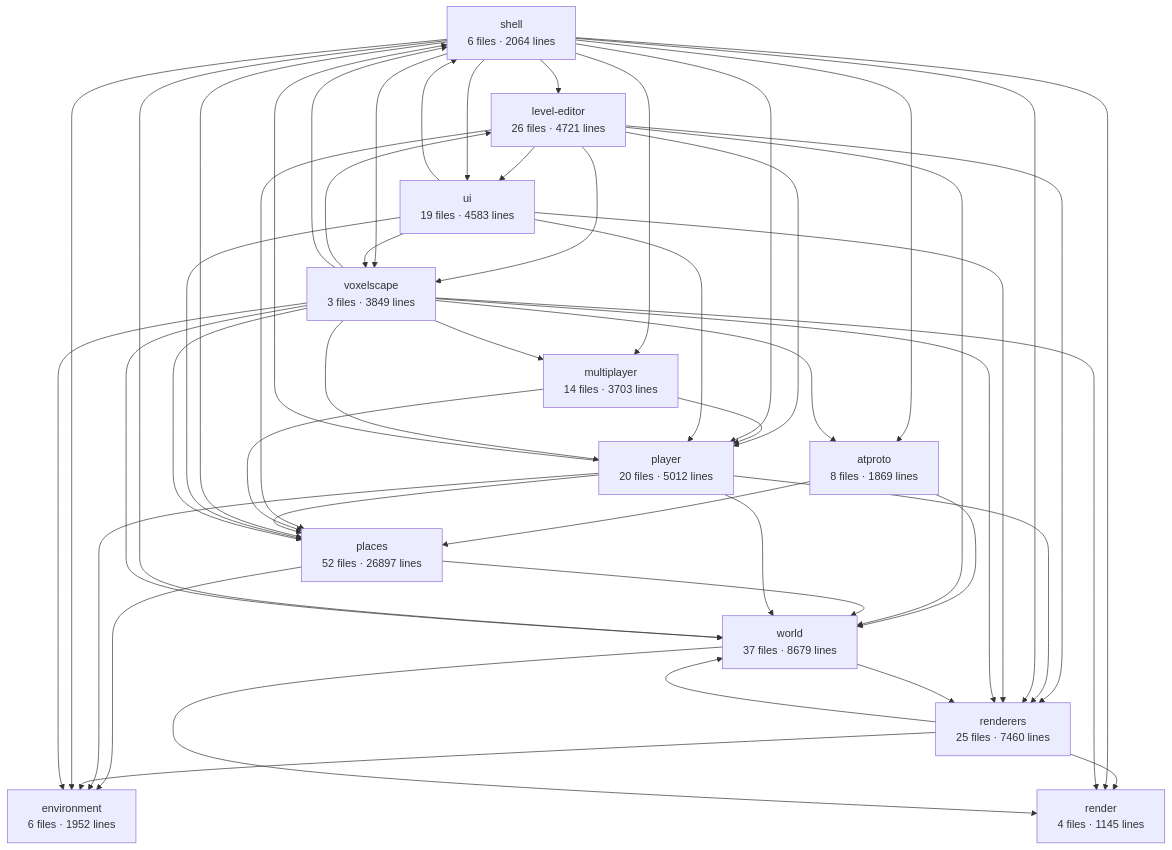
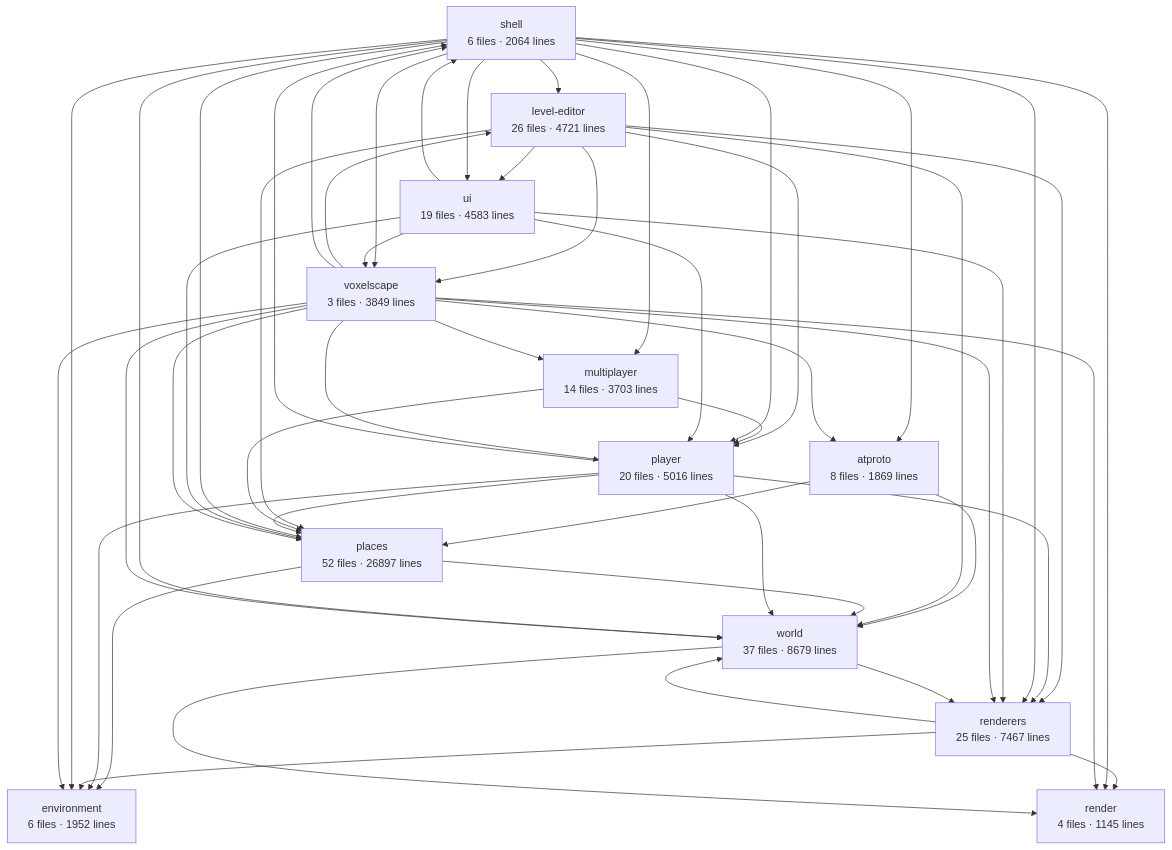
One commit to big-mesh-studios/big-mesh-studios changed the diagram in apps/voxelscape/docs/architecture.md. Above: the diagram before and after it, drawn with Mermaid. The commit also changed other lines of this file and 1 other file, not shown here.

Commit message:
pnpm architecture, pnpm rendering

````diff
--- a/apps/voxelscape/docs/architecture.md
+++ b/apps/voxelscape/docs/architecture.md
@@ -6,63 +6,63 @@
 ```mermaid
 graph TD
   shell["shell<br/>6 files · 2064 lines"]
   voxelscape["voxelscape<br/>3 files · 3849 lines"]
   world["world<br/>37 files · 8679 lines"]
-  renderers["renderers<br/>25 files · 7460 lines"]
+  renderers["renderers<br/>25 files · 7467 lines"]
   render["render<br/>4 files · 1145 lines"]
-  player["player<br/>20 files · 5012 lines"]
+  player["player<br/>20 files · 5016 lines"]
   multiplayer["multiplayer<br/>14 files · 3703 lines"]
   places["places<br/>52 files · 26897 lines"]
   environment["environment<br/>6 files · 1952 lines"]
   atproto["atproto<br/>8 files · 1869 lines"]
   ui["ui<br/>19 files · 4583 lines"]
   level-editor["level-editor<br/>26 files · 4721 lines"]
   atproto --> places
   atproto --> world
   level-editor --> places
   level-editor --> player
   level-editor --> renderers
   level-editor --> ui
   level-editor --> voxelscape
   level-editor --> world
   multiplayer --> places
   multiplayer --> player
   places --> environment
   places --> world
   player --> environment
   player --> places
   player --> renderers
   player --> shell
   player --> world
   renderers --> environment
   renderers --> render
   renderers --> world
   shell --> atproto
   shell --> environment
   shell --> level-editor
   shell --> multiplayer
   shell --> places
   shell --> player
   shell --> render
   shell --> renderers
   shell --> ui
   shell --> voxelscape
   shell --> world
   ui --> places
   ui --> player
   ui --> renderers
   ui --> shell
   ui --> voxelscape
   voxelscape --> atproto
   voxelscape --> environment
   voxelscape --> level-editor
   voxelscape --> multiplayer
   voxelscape --> places
   voxelscape --> player
   voxelscape --> render
   voxelscape --> renderers
   voxelscape --> shell
   voxelscape --> world
   world --> render
   world --> renderers
 ```
````
